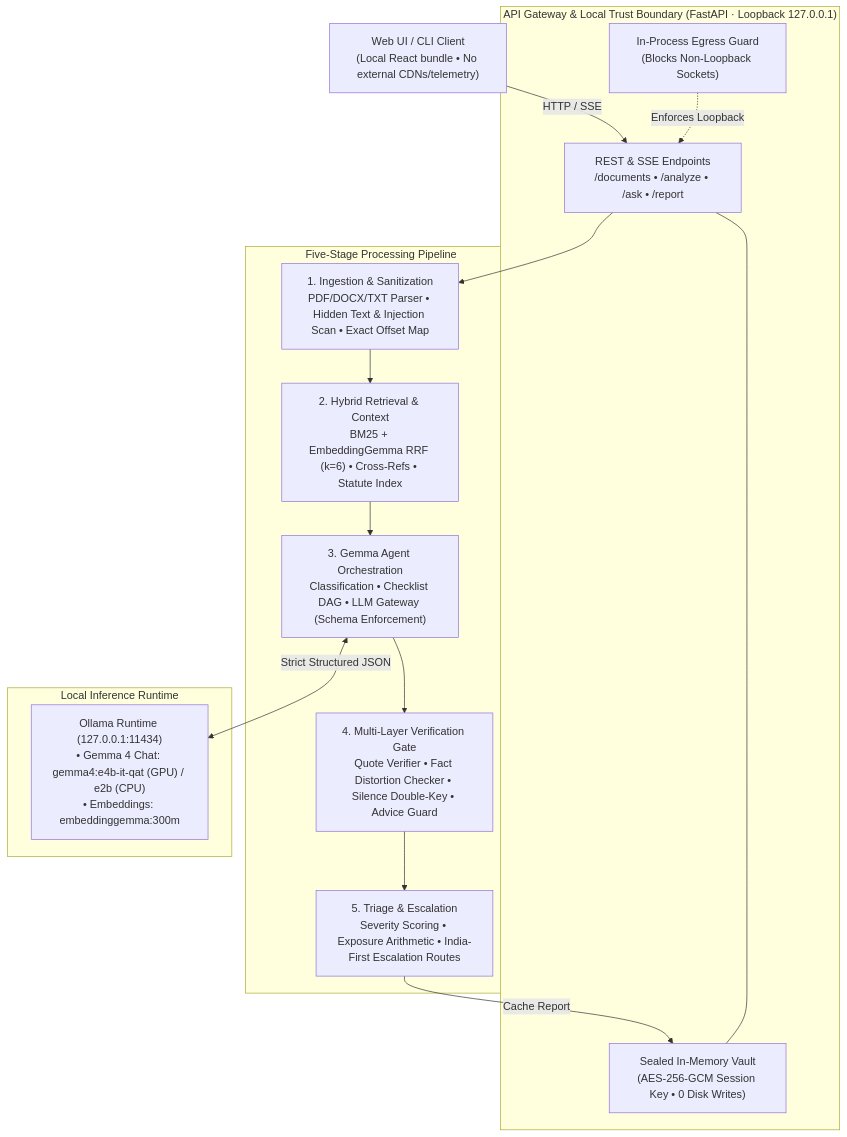
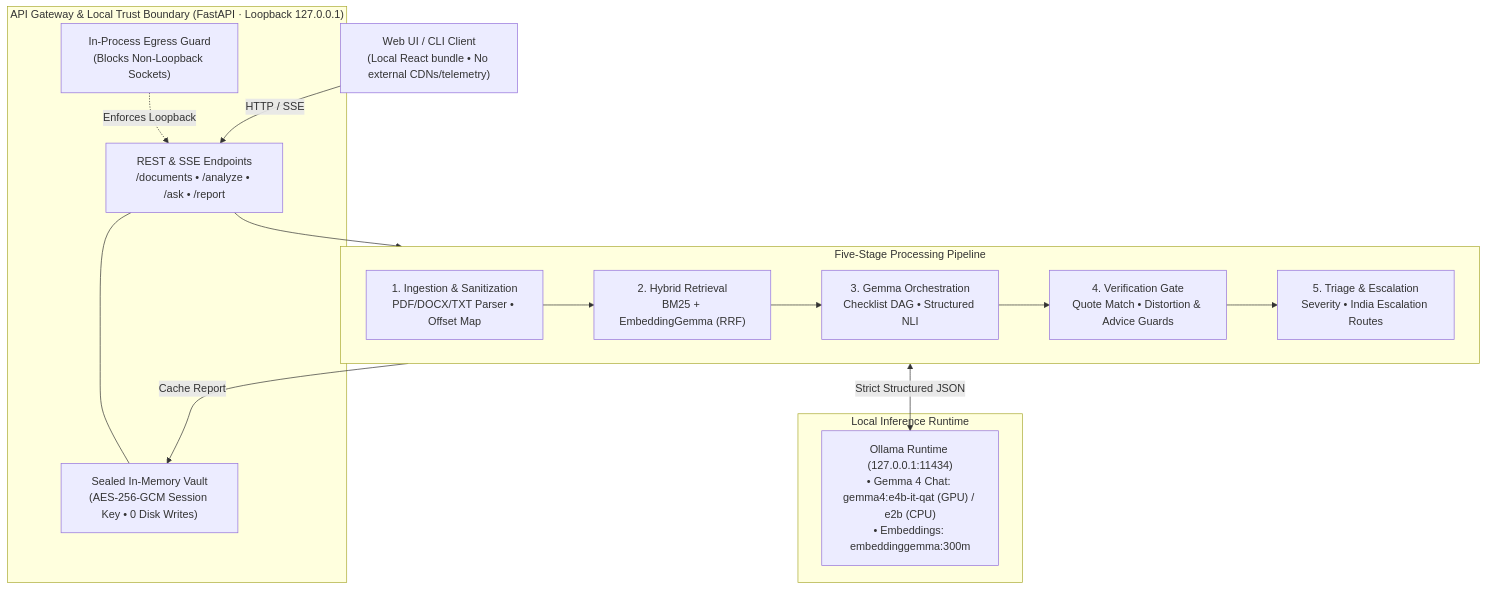
One commit to ZERODAY-2026/Geeks changed the first of 2 diagrams in README.md. Above: the diagram before and after it, drawn with Mermaid.

Commit message:
README system architecture fix

````diff
--- a/README.md
+++ b/README.md
@@ -56,31 +56,26 @@
 ```mermaid
 flowchart TD
     UI["Web UI / CLI Client<br/>(Local React bundle • No external CDNs/telemetry)"]
 
     subgraph Gateway["API Gateway & Local Trust Boundary (FastAPI · Loopback 127.0.0.1)"]
         API["REST & SSE Endpoints<br/>/documents • /analyze • /ask • /report"]
         VAULT["Sealed In-Memory Vault<br/>(AES-256-GCM Session Key • 0 Disk Writes)"]
         EG["In-Process Egress Guard<br/>(Blocks Non-Loopback Sockets)"]
         API --- VAULT
         EG -.->|Enforces Loopback| API
     end
 
     subgraph Pipeline["Five-Stage Processing Pipeline"]
-        STAGE1["1. Ingestion & Sanitization<br/>PDF/DOCX/TXT Parser • Hidden Text & Injection Scan • Exact Offset Map"]
-        STAGE2["2. Hybrid Retrieval & Context<br/>BM25 + EmbeddingGemma RRF (k=6) • Cross-Refs • Statute Index"]
-        STAGE3["3. Gemma Agent Orchestration<br/>Classification • Checklist DAG • LLM Gateway (Schema Enforcement)"]
-        STAGE4["4. Multi-Layer Verification Gate<br/>Quote Verifier • Fact Distortion Checker • Silence Double-Key • Advice Guard"]
-        STAGE5["5. Triage & Escalation<br/>Severity Scoring • Exposure Arithmetic • India-First Escalation Routes"]
-
-        STAGE1 --> STAGE2 --> STAGE3 --> STAGE4 --> STAGE5
+        direction LR
+        STAGE1["1. Ingestion & Sanitization<br/>PDF/DOCX/TXT Parser • Offset Map"] --> STAGE2["2. Hybrid Retrieval<br/>BM25 + EmbeddingGemma (RRF)"] --> STAGE3["3. Gemma Orchestration<br/>Checklist DAG • Structured NLI"] --> STAGE4["4. Verification Gate<br/>Quote Match • Distortion & Advice Guards"] --> STAGE5["5. Triage & Escalation<br/>Severity • India Escalation Routes"]
     end
 
     subgraph Runtime["Local Inference Runtime"]
         OLLAMA["Ollama Runtime (127.0.0.1:11434)<br/>• Gemma 4 Chat: gemma4:e4b-it-qat (GPU) / e2b (CPU)<br/>• Embeddings: embeddinggemma:300m"]
     end
 
     UI -->|HTTP / SSE| API
     API --> STAGE1
     STAGE3 <-->|Strict Structured JSON| OLLAMA
     STAGE5 -->|Cache Report| VAULT
 ```
````
